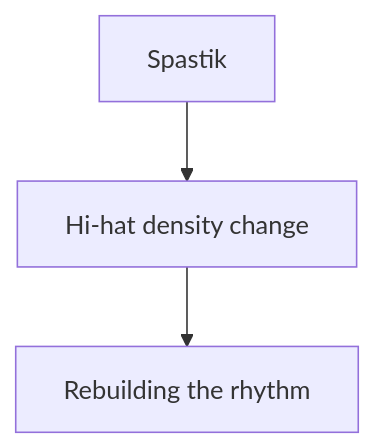
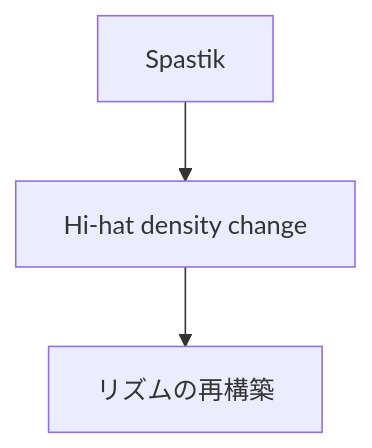
One commit to monumental-movement/monumental-movement.github.io changed the second of 7 diagrams in en/_posts/2025-10-24-column-plastikman-richie-hawtin.md. Above: the diagram before and after it, drawn with Mermaid. The commit also changed other lines of this file and 2196 other files, not shown here.

```diff
--- a/en/_posts/2025-10-24-column-plastikman-richie-hawtin.md
+++ b/en/_posts/2025-10-24-column-plastikman-richie-hawtin.md
@@ -197,7 +196,7 @@
 <div class="mermaid">
 
 graph TD
     A[Spastik] --> B[Hi-hat density change]
-    B --> C[Rebuilding the rhythm]
+    B --> C[リズムの再構築]
 
 </div>
```
